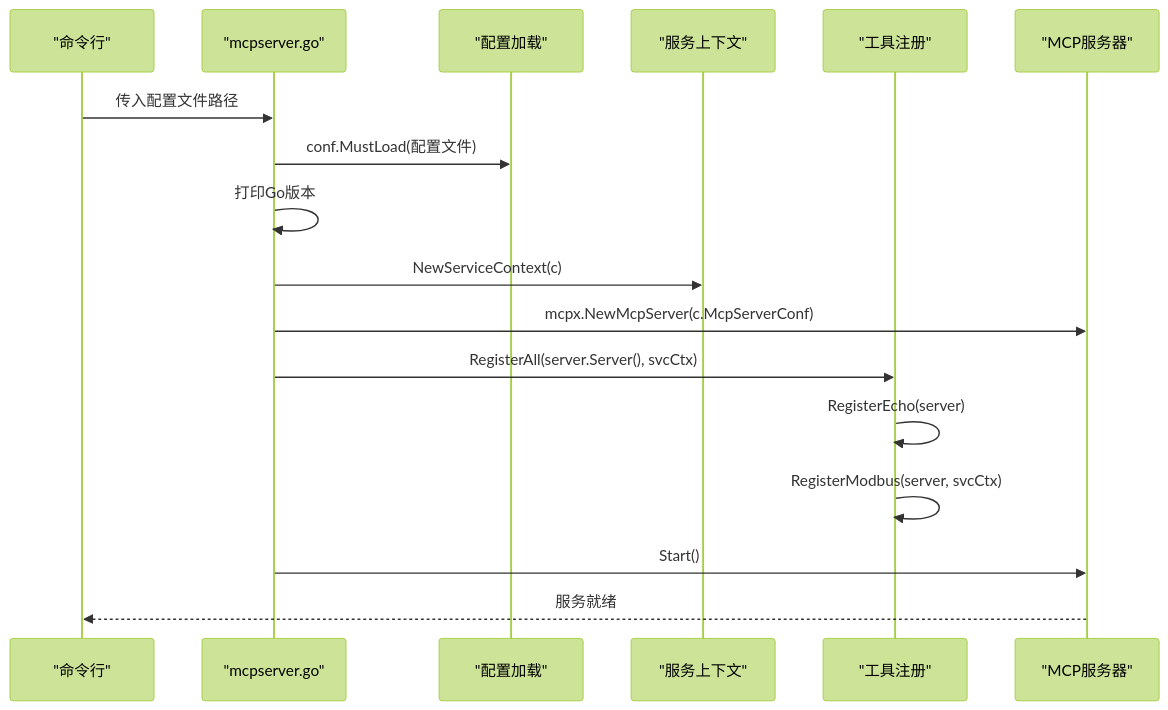
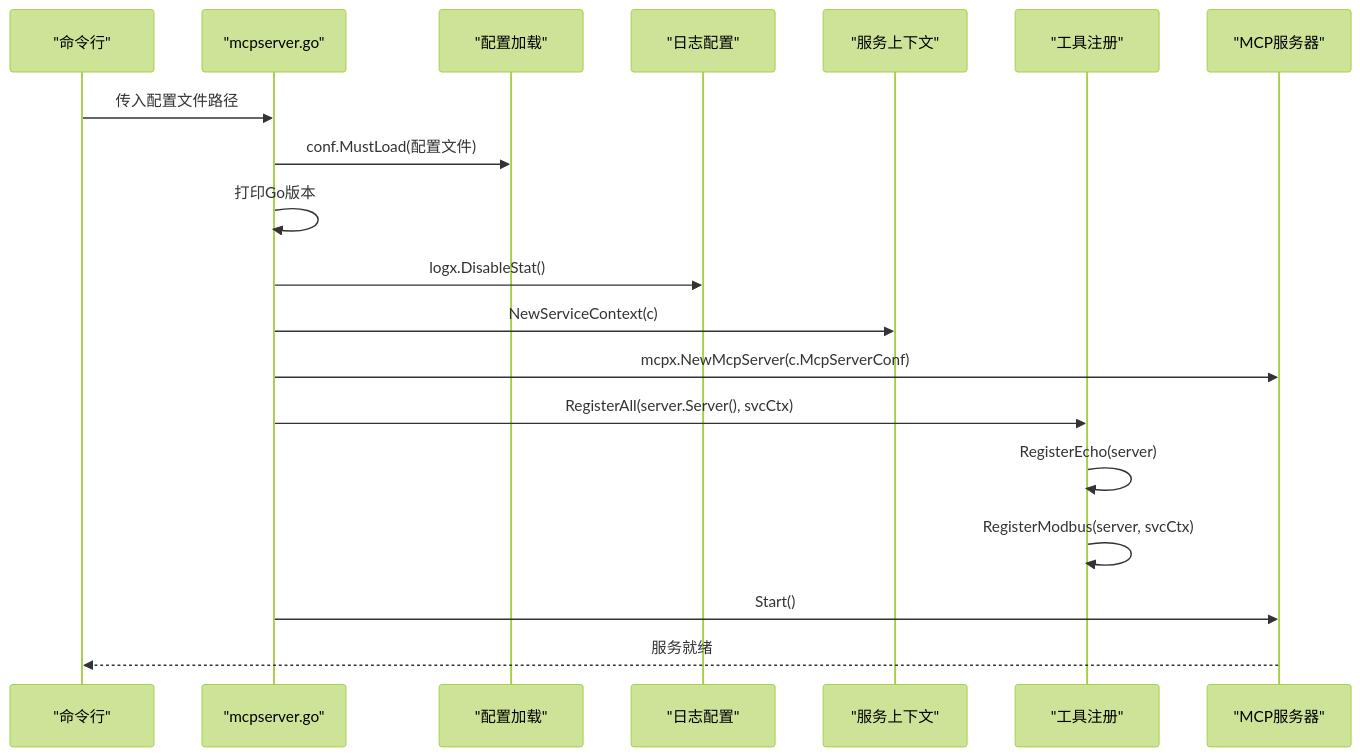
One commit to maomao94/zero-service changed the second of 9 diagrams in .qoder/repowiki/zh/content/AI应用模块/MCP服务器.md. Above: the diagram before and after it, drawn with Mermaid (forest theme). The commit also changed other lines of this file and 29 other files, not shown here.

````diff
--- a/.qoder/repowiki/zh/content/AI应用模块/MCP服务器.md
+++ b/.qoder/repowiki/zh/content/AI应用模块/MCP服务器.md
@@ -166,19 +171,21 @@
 ```mermaid
 sequenceDiagram
 participant CLI as "命令行"
 participant Main as "mcpserver.go"
 participant Conf as "配置加载"
+participant Log as "日志配置"
 participant Ctx as "服务上下文"
 participant Reg as "工具注册"
 participant Srv as "MCP服务器"
 CLI->>Main : 传入配置文件路径
 Main->>Conf : conf.MustLoad(配置文件)
 Main->>Main : 打印Go版本
+Main->>Log : logx.DisableStat()
 Main->>Ctx : NewServiceContext(c)
 Main->>Srv : mcpx.NewMcpServer(c.McpServerConf)
 Main->>Reg : RegisterAll(server.Server(), svcCtx)
 Reg->>Reg : RegisterEcho(server)
 Reg->>Reg : RegisterModbus(server, svcCtx)
 Main->>Srv : Start()
 Srv-->>CLI : 服务就绪
 ```
````
